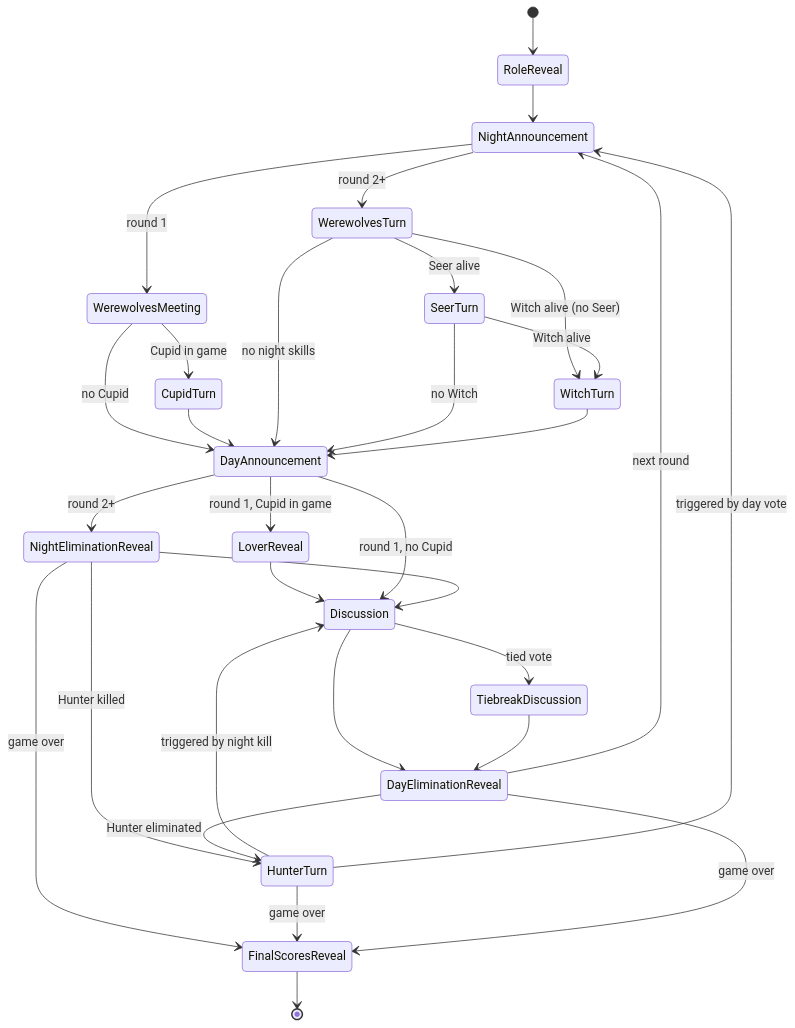
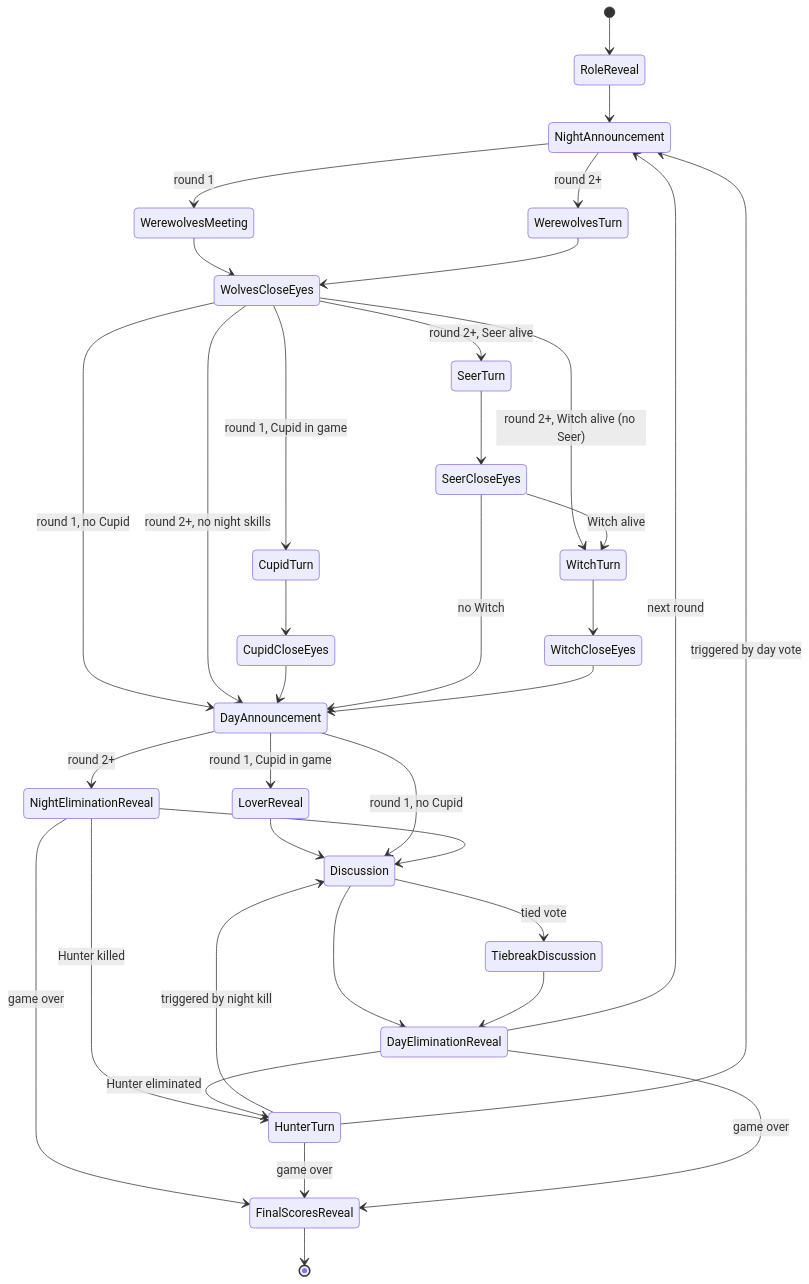
The diagram in docs-src/docs/phases.md (pauldendulk/werewolves), drawn with Mermaid before and after one commit. The commit also changed other lines of this file and 39 other files, not shown here.

Commit message:
Add close eyes phases

````diff
--- a/docs-src/docs/phases.md
+++ b/docs-src/docs/phases.md
@@ -76,48 +80,54 @@
 ```mermaid
 stateDiagram-v2
     [*] --> RoleReveal
 
     RoleReveal --> NightAnnouncement
 
     NightAnnouncement --> WerewolvesMeeting : round 1
     NightAnnouncement --> WerewolvesTurn : round 2+
 
-    WerewolvesMeeting --> CupidTurn : Cupid in game
-    WerewolvesMeeting --> DayAnnouncement : no Cupid
+    WerewolvesMeeting --> WolvesCloseEyes
 
-    CupidTurn --> DayAnnouncement
+    WolvesCloseEyes --> CupidTurn : round 1, Cupid in game
+    WolvesCloseEyes --> DayAnnouncement : round 1, no Cupid
+    WolvesCloseEyes --> SeerTurn : round 2+, Seer alive
+    WolvesCloseEyes --> WitchTurn : round 2+, Witch alive (no Seer)
+    WolvesCloseEyes --> DayAnnouncement : round 2+, no night skills
+
+    CupidTurn --> CupidCloseEyes
+    CupidCloseEyes --> DayAnnouncement
 
     LoverReveal --> Discussion
 
-    WerewolvesTurn --> SeerTurn : Seer alive
-    WerewolvesTurn --> WitchTurn : Witch alive (no Seer)
-    WerewolvesTurn --> DayAnnouncement : no night skills
+    WerewolvesTurn --> WolvesCloseEyes
 
-    SeerTurn --> WitchTurn : Witch alive
-    SeerTurn --> DayAnnouncement : no Witch
+    SeerTurn --> SeerCloseEyes
+    SeerCloseEyes --> WitchTurn : Witch alive
+    SeerCloseEyes --> DayAnnouncement : no Witch
 
-    WitchTurn --> DayAnnouncement
+    WitchTurn --> WitchCloseEyes
+    WitchCloseEyes --> DayAnnouncement
 
     DayAnnouncement --> LoverReveal : round 1, Cupid in game
     DayAnnouncement --> NightEliminationReveal : round 2+
     DayAnnouncement --> Discussion : round 1, no Cupid
 
     NightEliminationReveal --> HunterTurn : Hunter killed
     NightEliminationReveal --> Discussion
     NightEliminationReveal --> FinalScoresReveal : game over
 
     HunterTurn --> Discussion : triggered by night kill
     HunterTurn --> NightAnnouncement : triggered by day vote
     HunterTurn --> FinalScoresReveal : game over
 
     Discussion --> TiebreakDiscussion : tied vote
     Discussion --> DayEliminationReveal
 
     TiebreakDiscussion --> DayEliminationReveal
 
     DayEliminationReveal --> HunterTurn : Hunter eliminated
     DayEliminationReveal --> NightAnnouncement : next round
     DayEliminationReveal --> FinalScoresReveal : game over
 
     FinalScoresReveal --> [*]
 ```
````
